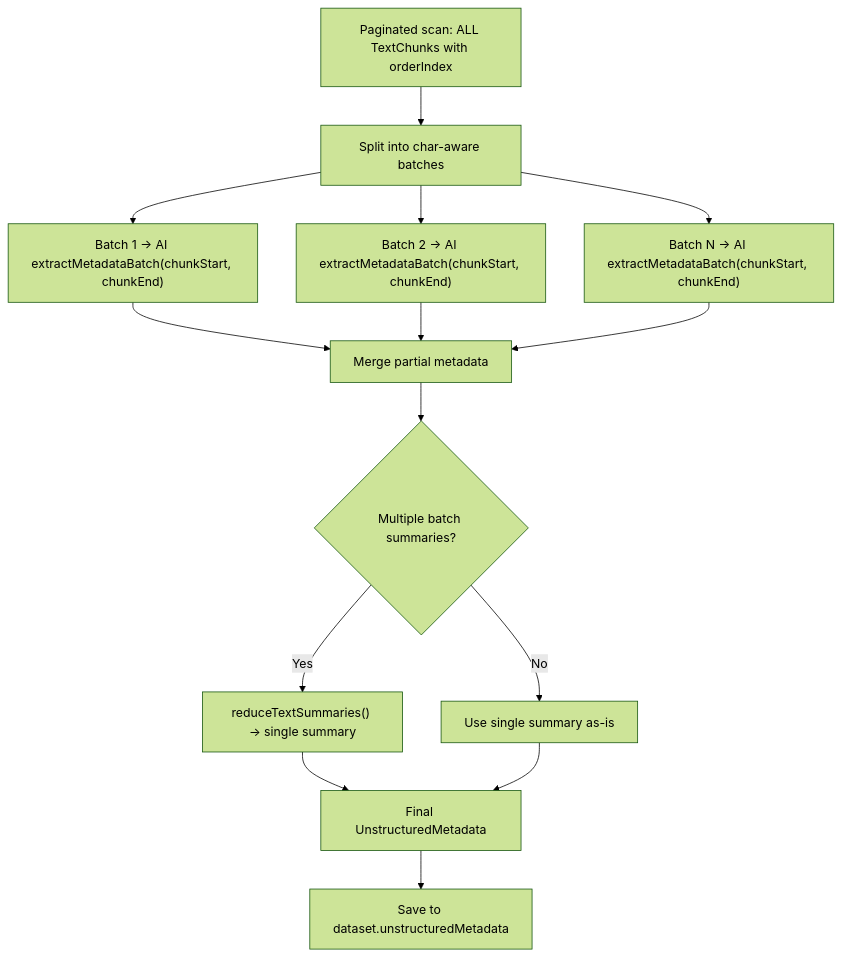
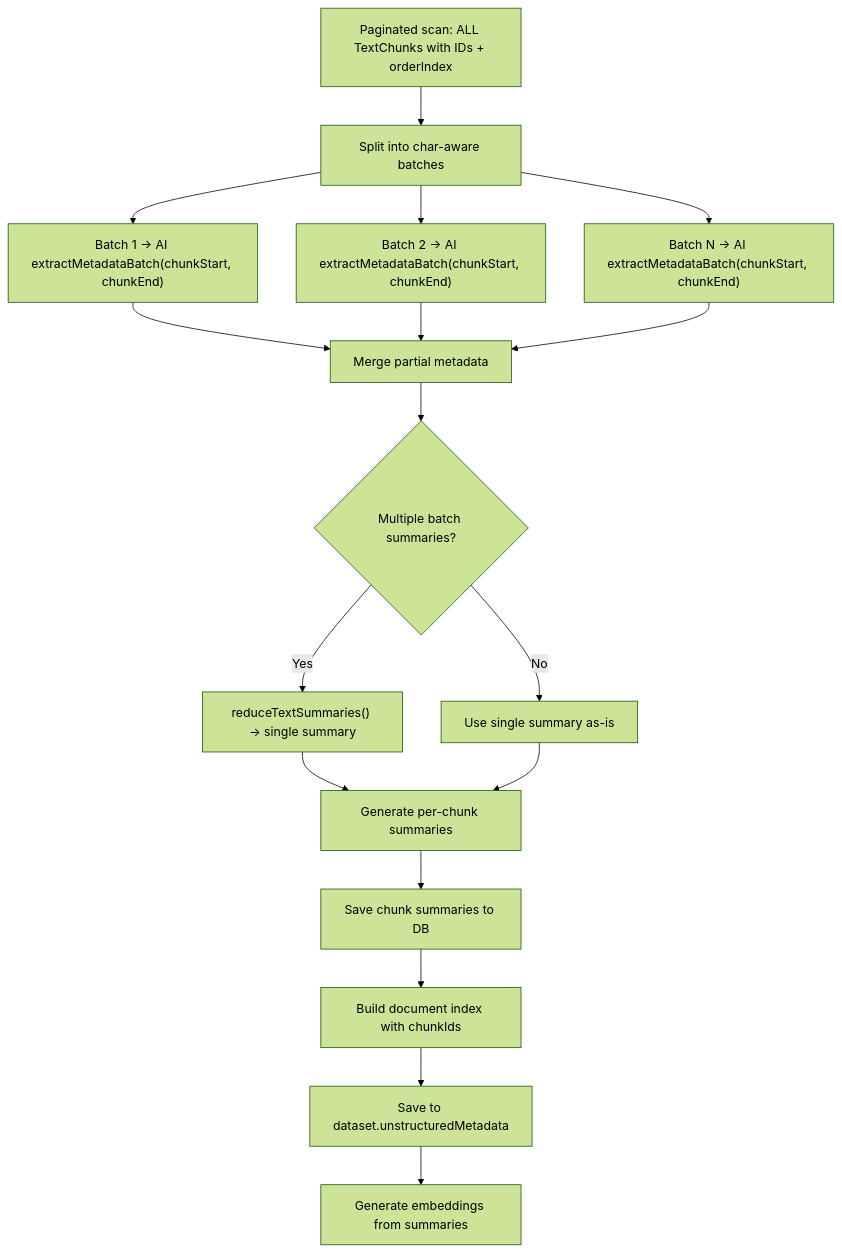
One commit to hinora/data-analysis changed the second of 2 diagrams in docs/domain-knowledge/document-summarization.md. Above: the diagram before and after it, drawn with Mermaid (forest theme). The commit also changed other lines of this file and 16 other files, not shown here.

Commit message:
Implement semantic chunking, chunk summaries, index-chunk linking, and agent self-reflection

````diff
--- a/docs/domain-knowledge/document-summarization.md
+++ b/docs/domain-knowledge/document-summarization.md
@@ -26,16 +56,19 @@
 ```mermaid
 flowchart TD
-    A[Paginated scan: ALL TextChunks with orderIndex] --> B[Split into char-aware batches]
+    A[Paginated scan: ALL TextChunks with IDs + orderIndex] --> B[Split into char-aware batches]
     B --> C1["Batch 1 → AI extractMetadataBatch(chunkStart, chunkEnd)"]
     B --> C2["Batch 2 → AI extractMetadataBatch(chunkStart, chunkEnd)"]
     B --> CN["Batch N → AI extractMetadataBatch(chunkStart, chunkEnd)"]
     C1 --> D[Merge partial metadata]
     C2 --> D
     CN --> D
     D --> E{Multiple batch summaries?}
     E -- Yes --> F["reduceTextSummaries() → single summary"]
     E -- No --> G[Use single summary as-is]
-    F --> H[Final UnstructuredMetadata]
+    F --> H[Generate per-chunk summaries]
     G --> H
-    H --> I[Save to dataset.unstructuredMetadata]
+    H --> I[Save chunk summaries to DB]
+    I --> J[Build document index with chunkIds]
+    J --> K[Save to dataset.unstructuredMetadata]
+    K --> L[Generate embeddings from summaries]
 ```
````
